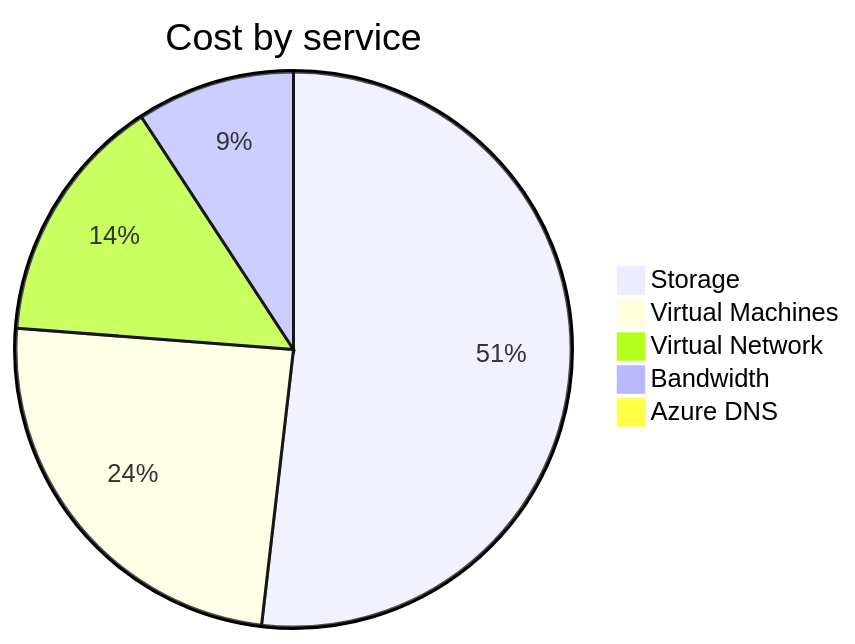
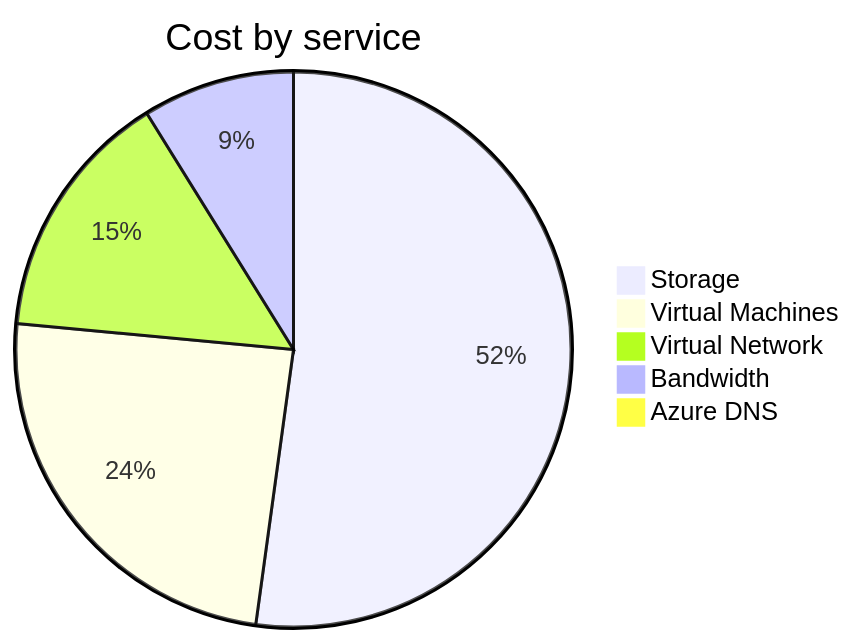
The second of 4 diagrams in cost-reports/personal-network/README.md (jpfulton/azure-personal-reports), drawn with Mermaid before and after one commit. The commit also changed other lines of this file and 8 other files, not shown here.

````diff
--- a/cost-reports/personal-network/README.md
+++ b/cost-reports/personal-network/README.md
@@ -99,9 +99,9 @@
 ```mermaid
 pie
    title Cost by service
-   "Storage" : 15.24
-   "Virtual Machines" : 7.17
-   "Virtual Network" : 4.28
-   "Bandwidth" : 2.71
-   "Azure DNS" : 0.29
+   "Storage" : 16.22
+   "Virtual Machines" : 7.56
+   "Virtual Network" : 4.56
+   "Bandwidth" : 2.75
+   "Azure DNS" : 0.30
 ```
````
